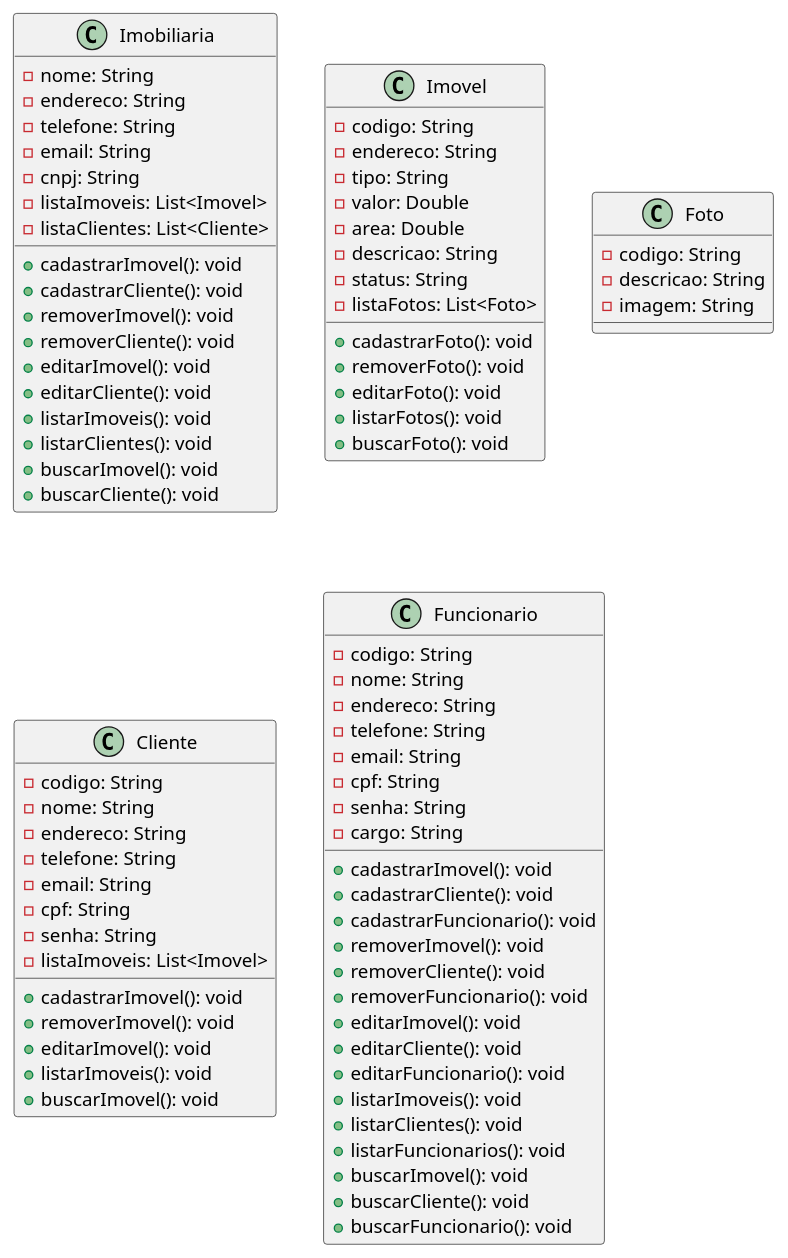
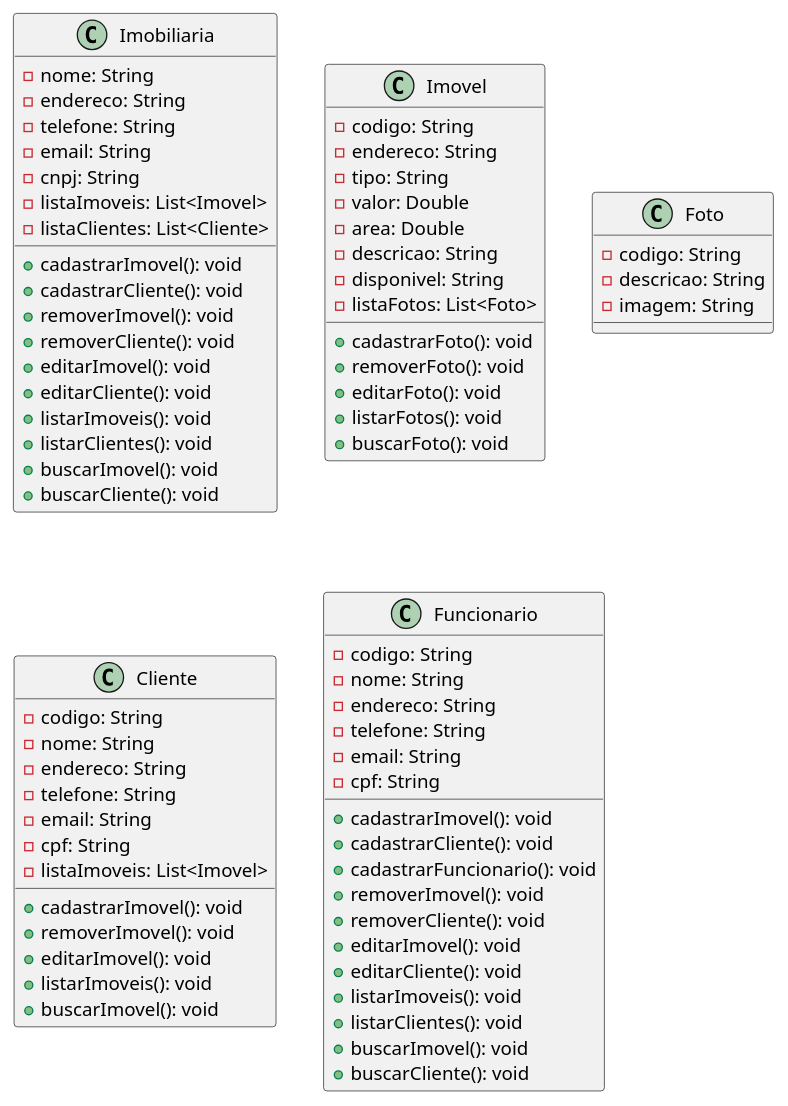
The diagram in src/imobiliaria.wsd (AndersonVD/imobiliaria_poo), drawn with PlantUML before and after one commit. The commit also changed 17 other files, not shown here.

```diff
--- a/src/imobiliaria.wsd
+++ b/src/imobiliaria.wsd
@@ -1,89 +1,82 @@
 @startuml Nome
 
 class Imobiliaria {
     - nome: String
     - endereco: String
     - telefone: String
     - email: String
     - cnpj: String
     - listaImoveis: List<Imovel>
     - listaClientes: List<Cliente>
     + cadastrarImovel(): void
     + cadastrarCliente(): void
     + removerImovel(): void
     + removerCliente(): void
     + editarImovel(): void
     + editarCliente(): void
     + listarImoveis(): void
     + listarClientes(): void
     + buscarImovel(): void
     + buscarCliente(): void
 }
 
 
 class Imovel {
     - codigo: String
     - endereco: String
     - tipo: String
     - valor: Double
     - area: Double
     - descricao: String
-    - status: String
+    - disponivel: String
     - listaFotos: List<Foto>
     + cadastrarFoto(): void
     + removerFoto(): void
     + editarFoto(): void
     + listarFotos(): void
     + buscarFoto(): void
 }
 
 class Foto {
     - codigo: String
     - descricao: String
     - imagem: String
 }
 
 class Cliente {
     - codigo: String
     - nome: String
     - endereco: String
     - telefone: String
     - email: String
     - cpf: String
-    - senha: String
     - listaImoveis: List<Imovel>
     + cadastrarImovel(): void
     + removerImovel(): void
     + editarImovel(): void
     + listarImoveis(): void
     + buscarImovel(): void
 }
 
 class Funcionario {
     - codigo: String
     - nome: String
     - endereco: String
     - telefone: String
     - email: String
     - cpf: String
-    - senha: String
-    - cargo: String
     + cadastrarImovel(): void
     + cadastrarCliente(): void
     + cadastrarFuncionario(): void
     + removerImovel(): void
     + removerCliente(): void
-    + removerFuncionario(): void
     + editarImovel(): void
     + editarCliente(): void
-    + editarFuncionario(): void
     + listarImoveis(): void
     + listarClientes(): void
-    + listarFuncionarios(): void
     + buscarImovel(): void
     + buscarCliente(): void
-    + buscarFuncionario(): void
 }
 
 
 @enduml
```
